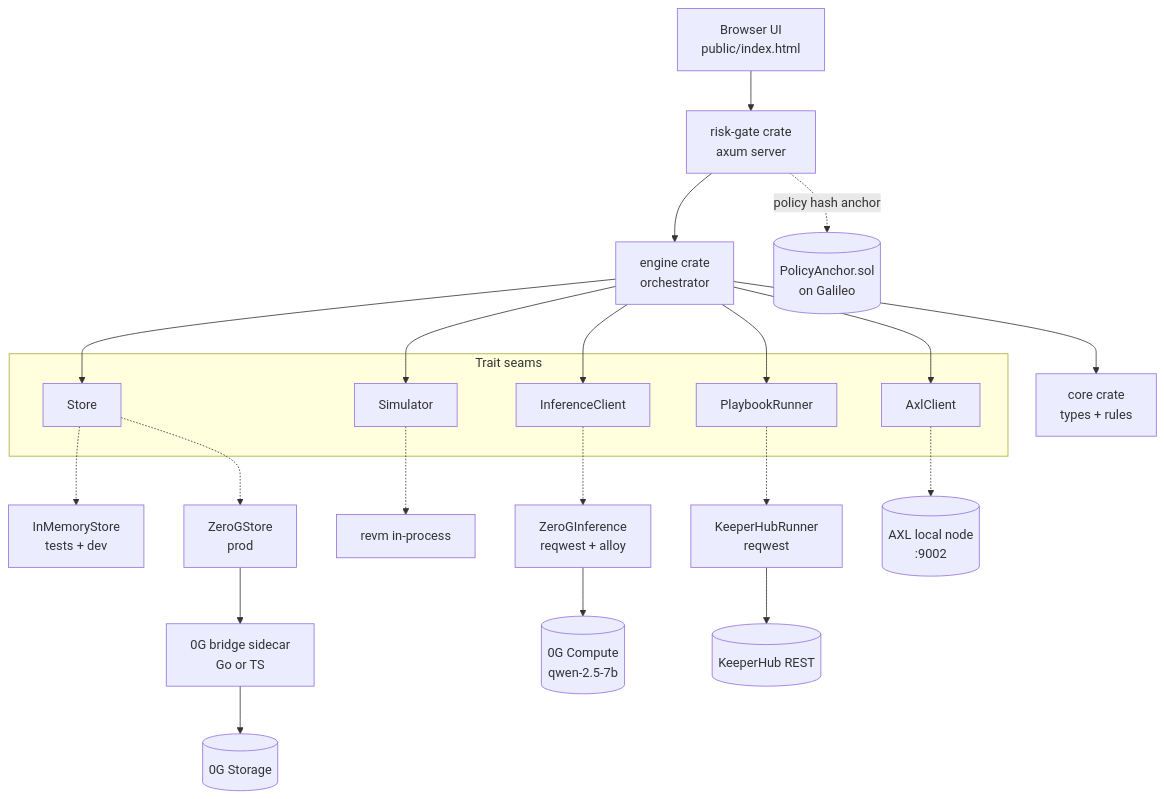
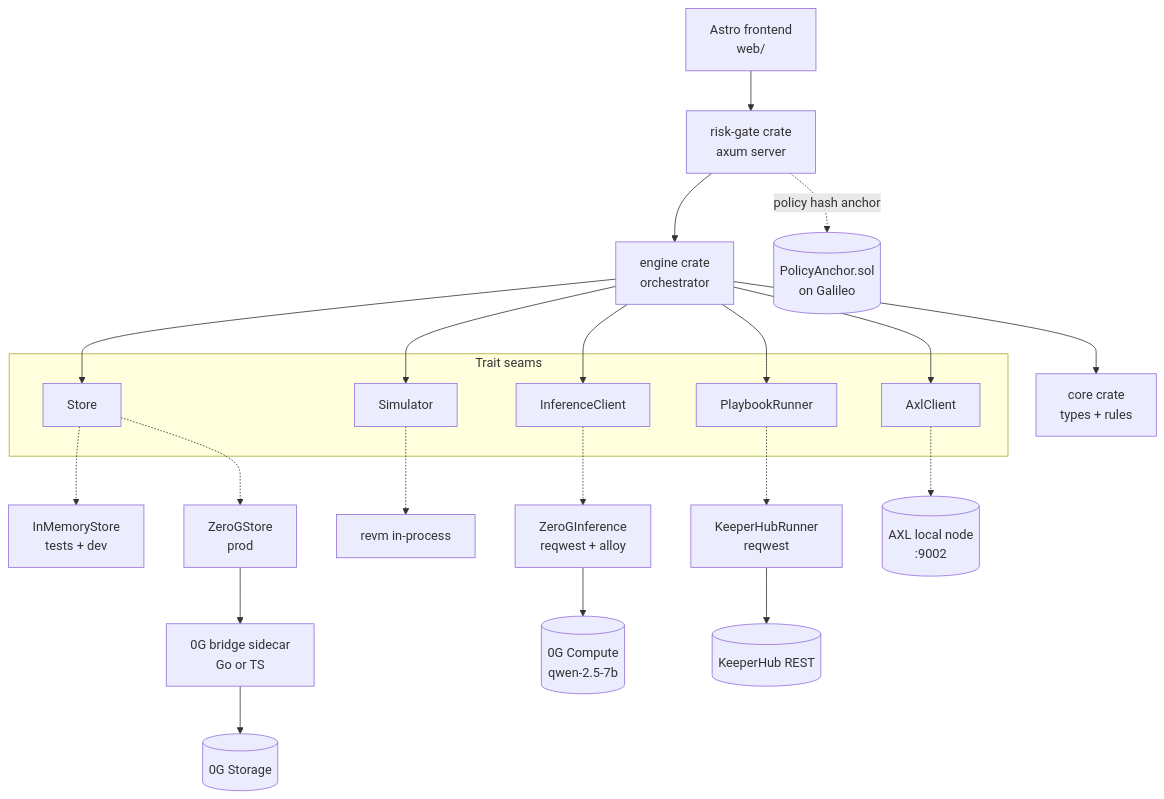
One commit to AnkanMisra/ChainShield changed the first of 3 diagrams in docs/architecture.md. Above: the diagram before and after it, drawn with Mermaid. The commit also changed other lines of this file and 3 other files, not shown here.

````diff
--- a/docs/architecture.md
+++ b/docs/architecture.md
@@ -114,58 +113,58 @@
 ```mermaid
 flowchart TB
-    UI[Browser UI<br/>public/index.html]
+    UI[Astro frontend<br/>web/]
     API[risk-gate crate<br/>axum server]
     Eng[engine crate<br/>orchestrator]
     Core[core crate<br/>types + rules]
 
     subgraph Traits[Trait seams]
         Store[Store]
         Sim[Simulator]
         Inf[InferenceClient]
         Run[PlaybookRunner]
         Mesh[AxlClient]
     end
 
     Mem[InMemoryStore<br/>tests + dev]
     ZGS[ZeroGStore<br/>prod]
     Bridge[0G bridge sidecar<br/>Go or TS]
     ZGStorage[(0G Storage)]
 
     Revm[revm in-process]
 
     ZGI[ZeroGInference<br/>reqwest + alloy]
     ZGCompute[(0G Compute<br/>qwen-2.5-7b)]
 
     KH[KeeperHubRunner<br/>reqwest]
     KHAPI[(KeeperHub REST)]
 
     AxlNode[(AXL local node<br/>:9002)]
 
     Anchor[(PolicyAnchor.sol<br/>on Galileo)]
 
     UI --> API
     API --> Eng
     Eng --> Core
     Eng --> Store
     Eng --> Sim
     Eng --> Inf
     Eng --> Run
     Eng --> Mesh
 
     Store -.-> Mem
     Store -.-> ZGS
     ZGS --> Bridge
     Bridge --> ZGStorage
 
     Sim -.-> Revm
 
     Inf -.-> ZGI
     ZGI --> ZGCompute
 
     Run -.-> KH
     KH --> KHAPI
 
     Mesh -.-> AxlNode
 
     API -. policy hash anchor .-> Anchor
 ```
````
